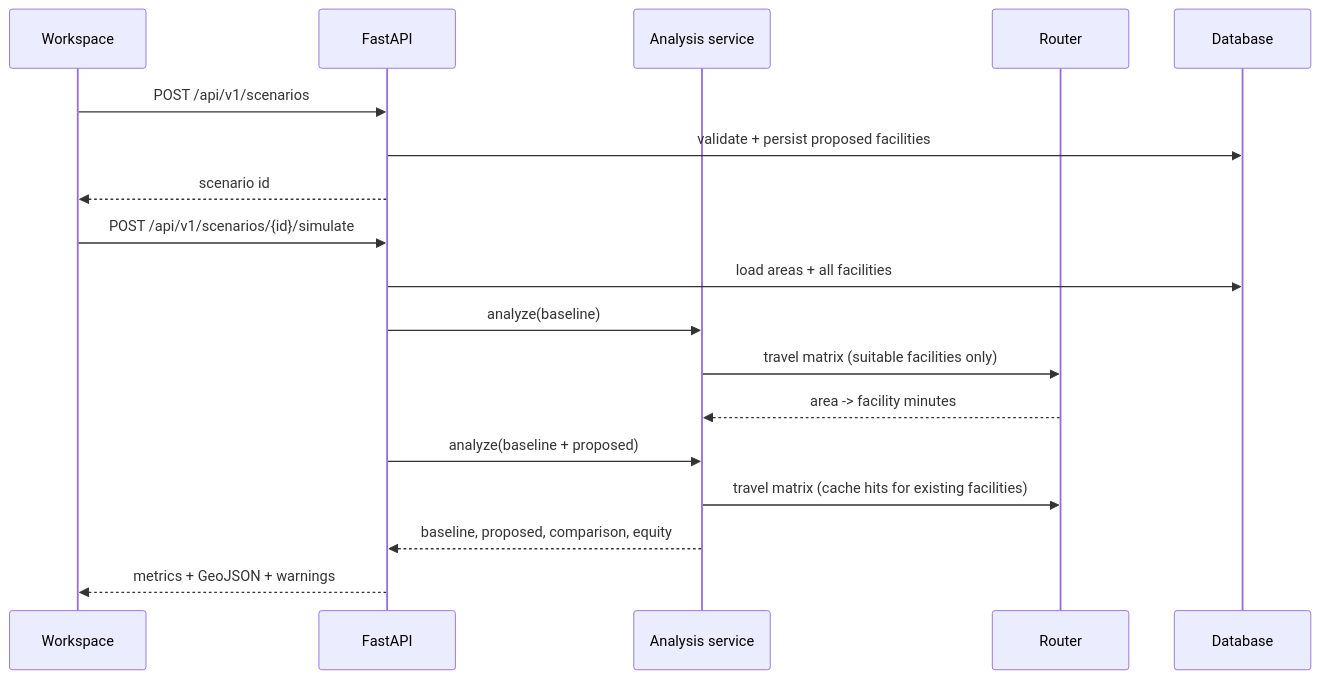
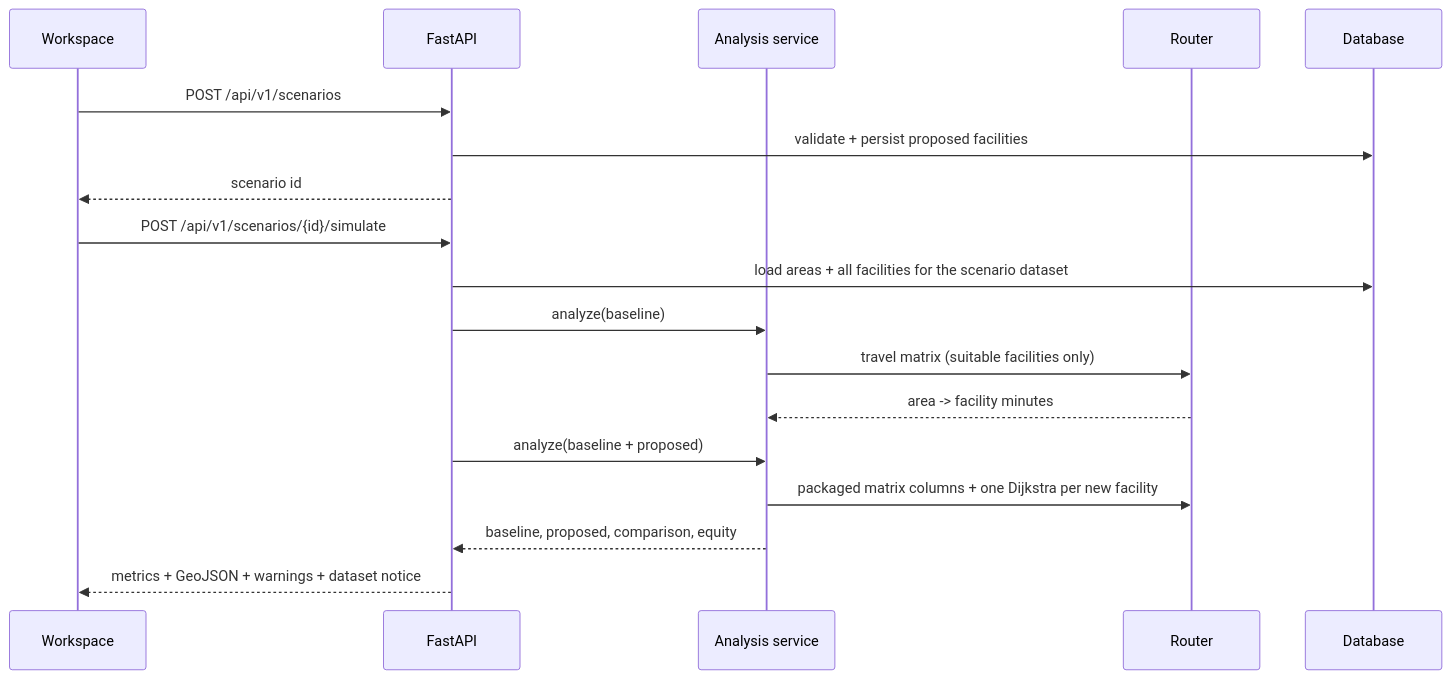
Before and after one commit to BinarySpecter/CareGap: the third of 3 diagrams in docs/architecture.md, drawn with Mermaid. The commit also changed other lines of this file and 92 other files, not shown here.

````diff
--- a/docs/architecture.md
+++ b/docs/architecture.md
@@ -79,20 +111,20 @@
 ```mermaid
 sequenceDiagram
   participant UI as Workspace
   participant API as FastAPI
   participant AN as Analysis service
   participant RT as Router
   participant DB as Database
   UI->>API: POST /api/v1/scenarios
   API->>DB: validate + persist proposed facilities
   API-->>UI: scenario id
   UI->>API: POST /api/v1/scenarios/{id}/simulate
-  API->>DB: load areas + all facilities
+  API->>DB: load areas + all facilities for the scenario dataset
   API->>AN: analyze(baseline)
   AN->>RT: travel matrix (suitable facilities only)
   RT-->>AN: area -> facility minutes
   API->>AN: analyze(baseline + proposed)
-  AN->>RT: travel matrix (cache hits for existing facilities)
+  AN->>RT: packaged matrix columns + one Dijkstra per new facility
   AN-->>API: baseline, proposed, comparison, equity
-  API-->>UI: metrics + GeoJSON + warnings
+  API-->>UI: metrics + GeoJSON + warnings + dataset notice
 ```
````
